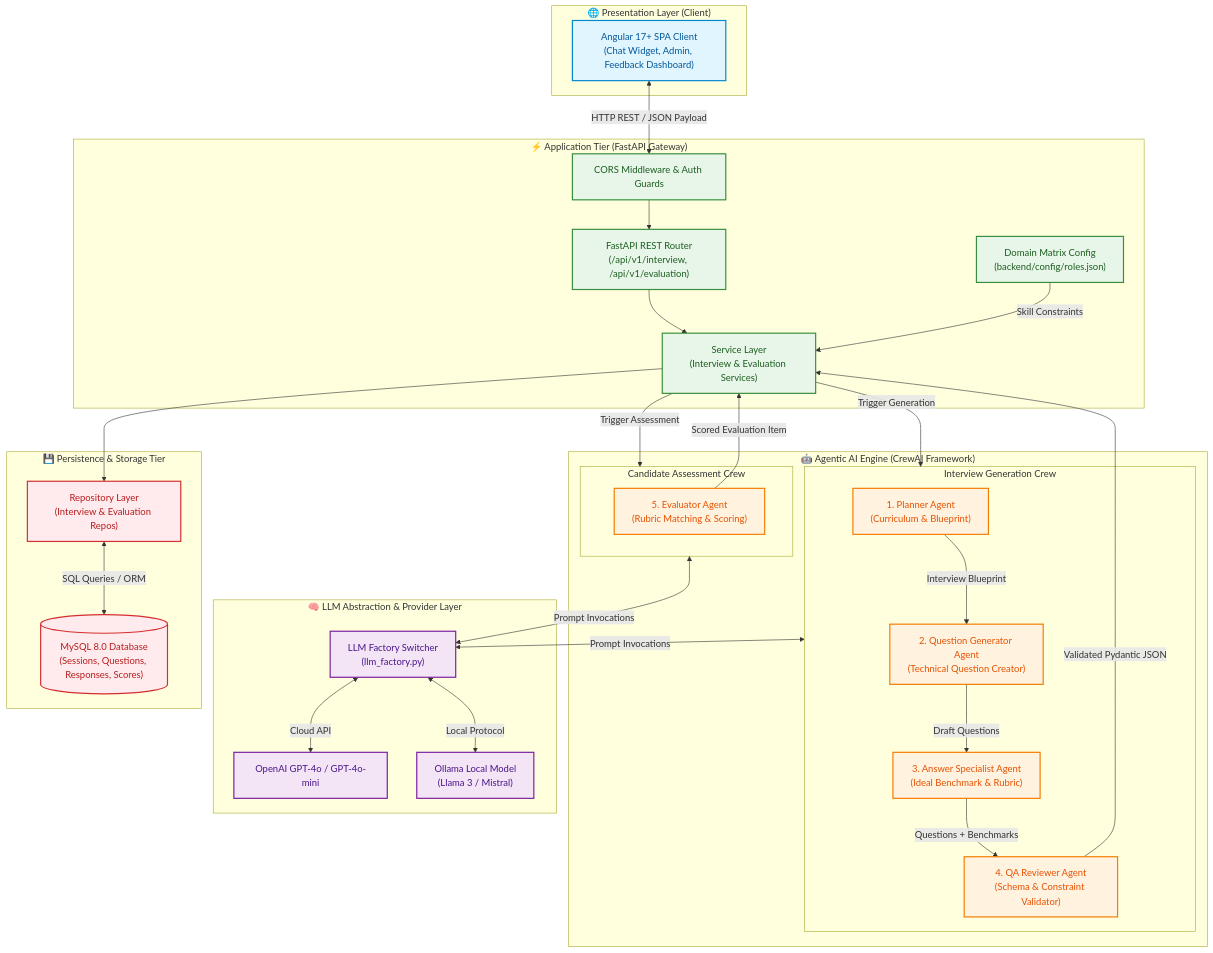
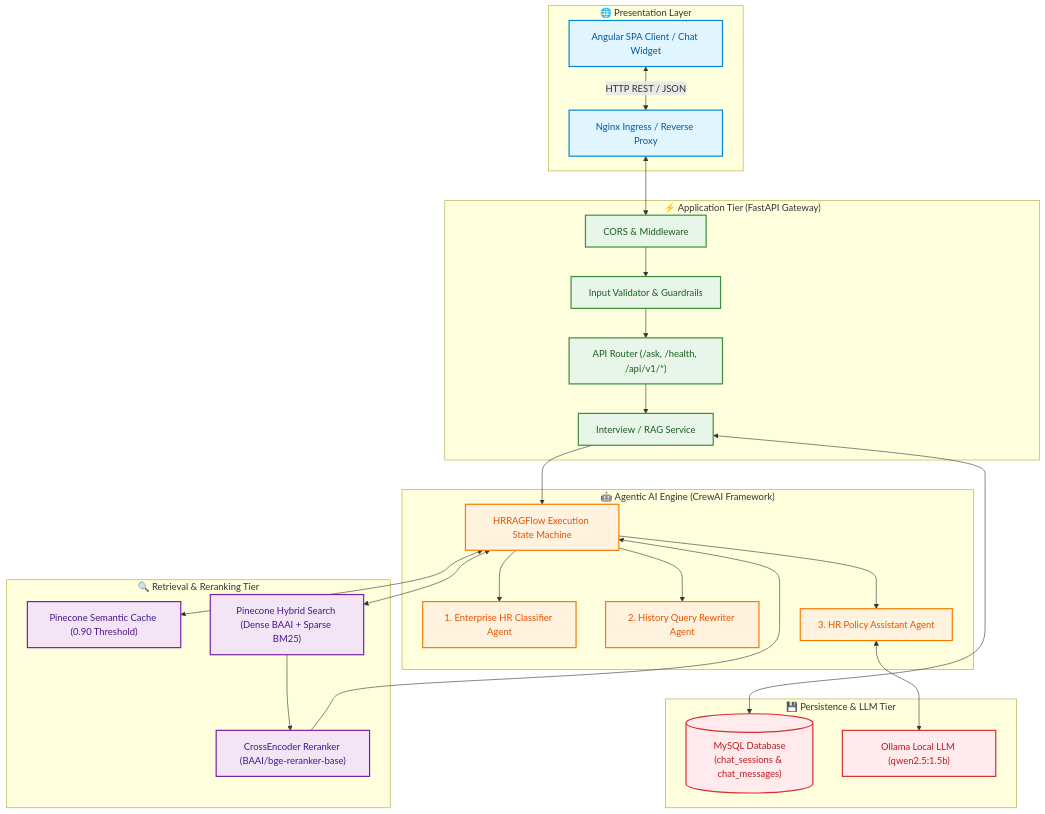
Before and after one commit to Nagarajanuser/Agentic-RAG-Document-Search-Platform: the first of 2 diagrams in README.md, drawn with Mermaid. The commit also changed other lines of this file and 13 other files, not shown here.

Commit message:
Production Architecture, Deployment Manifests, CI/CD Pipeline & Documentation Updates

````diff
--- a/README.md
+++ b/README.md
@@ -34,67 +32,58 @@
 ```mermaid
 graph TD
-    %% Styling Definitions
+    %% Styling
     classDef client fill:#e1f5fe,stroke:#0288d1,stroke-width:2px,color:#01579b;
     classDef api fill:#e8f5e9,stroke:#388e3c,stroke-width:2px,color:#1b5e20;
     classDef agent fill:#fff3e0,stroke:#f57c00,stroke-width:2px,color:#e65100;
-    classDef llm fill:#f3e5f5,stroke:#7b1fa2,stroke-width:2px,color:#4a148c;
+    classDef search fill:#f3e5f5,stroke:#7b1fa2,stroke-width:2px,color:#4a148c;
     classDef db fill:#ffebee,stroke:#d32f2f,stroke-width:2px,color:#b71c1c;
 
-    subgraph Presentation_Layer["🌐 Presentation Layer (Client)"]
-        UI["Angular 17+ SPA Client<br/>(Chat Widget, Admin, Feedback Dashboard)"]:::client
+    subgraph Client_Tier["🌐 Presentation Layer"]
+        UI["Angular SPA Client / Chat Widget"]:::client
+        Nginx["Nginx Ingress / Reverse Proxy"]:::client
     end
 
     subgraph API_Tier["⚡ Application Tier (FastAPI Gateway)"]
-        CORS["CORS Middleware & Auth Guards"]:::api
-        Router["FastAPI REST Router<br/>(/api/v1/interview, /api/v1/evaluation)"]:::api
-        Service["Service Layer<br/>(Interview & Evaluation Services)"]:::api
-        Config["Domain Matrix Config<br/>(backend/config/roles.json)"]:::api
+        CORS["CORS & Middleware"]:::api
+        Validator["Input Validator & Guardrails"]:::api
+        Router["API Router (/ask, /health, /api/v1/*)"]:::api
+        Service["Interview / RAG Service"]:::api
     end
 
-    subgraph Agent_Orchestration["🤖 Agentic AI Engine (CrewAI Framework)"]
-        subgraph Interview_Crew["Interview Generation Crew"]
-            Planner["1. Planner Agent<br/>(Curriculum & Blueprint)"]:::agent
-            QGen["2. Question Generator Agent<br/>(Technical Question Creator)"]:::agent
-            AnsGen["3. Answer Specialist Agent<br/>(Ideal Benchmark & Rubric)"]:::agent
-            QA["4. QA Reviewer Agent<br/>(Schema & Constraint Validator)"]:::agent
-        end
-
-        subgraph Evaluation_Crew["Candidate Assessment Crew"]
-            EvalAgent["5. Evaluator Agent<br/>(Rubric Matching & Scoring)"]:::agent
-        end
+    subgraph Agentic_Engine["🤖 Agentic AI Engine (CrewAI Framework)"]
+        Flow["HRRAGFlow Execution State Machine"]:::agent
+        Classifier["1. Enterprise HR Classifier Agent"]:::agent
+        Rewriter["2. History Query Rewriter Agent"]:::agent
+        AnswerGen["3. HR Policy Assistant Agent"]:::agent
     end
 
-    subgraph LLM_Tier["🧠 LLM Abstraction & Provider Layer"]
-        LLMFactory["LLM Factory Switcher<br/>(llm_factory.py)"]:::llm
-        OpenAI_Model["OpenAI GPT-4o / GPT-4o-mini"]:::llm
-        Ollama_Model["Ollama Local Model<br/>(Llama 3 / Mistral)"]:::llm
+    subgraph Search_Rerank["🔍 Retrieval & Reranking Tier"]
+        Cache["Pinecone Semantic Cache (0.90 Threshold)"]:::search
+        HybridSearch["Pinecone Hybrid Search (Dense BAAI + Sparse BM25)"]:::search
+        Reranker["CrossEncoder Reranker (BAAI/bge-reranker-base)"]:::search
     end
 
-    subgraph Persistence_Tier["💾 Persistence & Storage Tier"]
-        Repo["Repository Layer<br/>(Interview & Evaluation Repos)"]:::db
-        MySQL[("MySQL 8.0 Database<br/>(Sessions, Questions, Responses, Scores)")]:::db
+    subgraph Persistence_Tier["💾 Persistence & LLM Tier"]
+        MySQL[("MySQL Database<br/>(chat_sessions & chat_messages)")]:::db
+        Ollama["Ollama Local LLM (qwen2.5:1.5b)"]:::db
     end
 
-    %% Component Connections
-    UI <-->|HTTP REST / JSON Payload| CORS
-    CORS --> Router
+    %% Flow Connections
+    UI <-->|HTTP REST / JSON| Nginx
+    Nginx <--> CORS
+    CORS --> Validator
+    Validator --> Router
     Router --> Service
-    Config -->|Skill Constraints| Service
-    Service -->|Trigger Generation| Interview_Crew
-    Service -->|Trigger Assessment| Evaluation_Crew
+    Service --> Flow
 
-    Planner -->|Interview Blueprint| QGen
-    QGen -->|Draft Questions| AnsGen
-    AnsGen -->|Questions + Benchmarks| QA
-    QA -->|Validated Pydantic JSON| Service
+    Flow --> Classifier
+    Flow --> Rewriter
+    Flow <--> Cache
+    Flow <--> HybridSearch
+    HybridSearch --> Reranker
+    Reranker --> Flow
+    Flow --> AnswerGen
+    AnswerGen <--> Ollama
 
-    EvalAgent -->|Scored Evaluation Item| Service
-
-    Interview_Crew <-->|Prompt Invocations| LLMFactory
-    Evaluation_Crew <-->|Prompt Invocations| LLMFactory
-    LLMFactory <-->|Cloud API| OpenAI_Model
-    LLMFactory <-->|Local Protocol| Ollama_Model
-
-    Service --> Repo
-    Repo <-->|SQL Queries / ORM| MySQL
+    Service <--> MySQL
 ```
````
